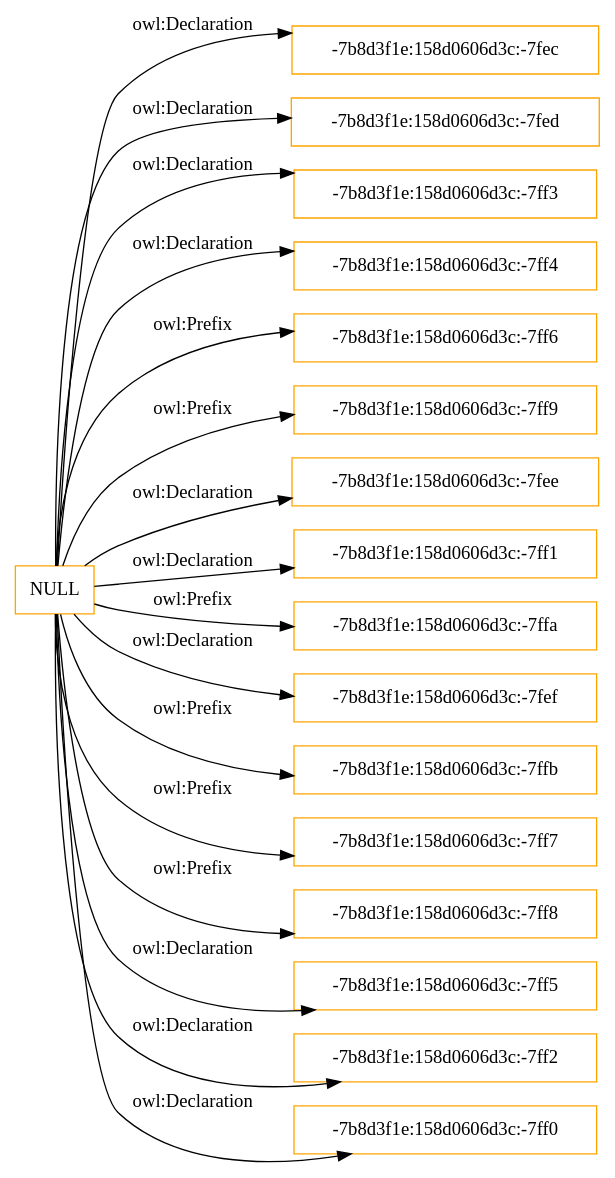
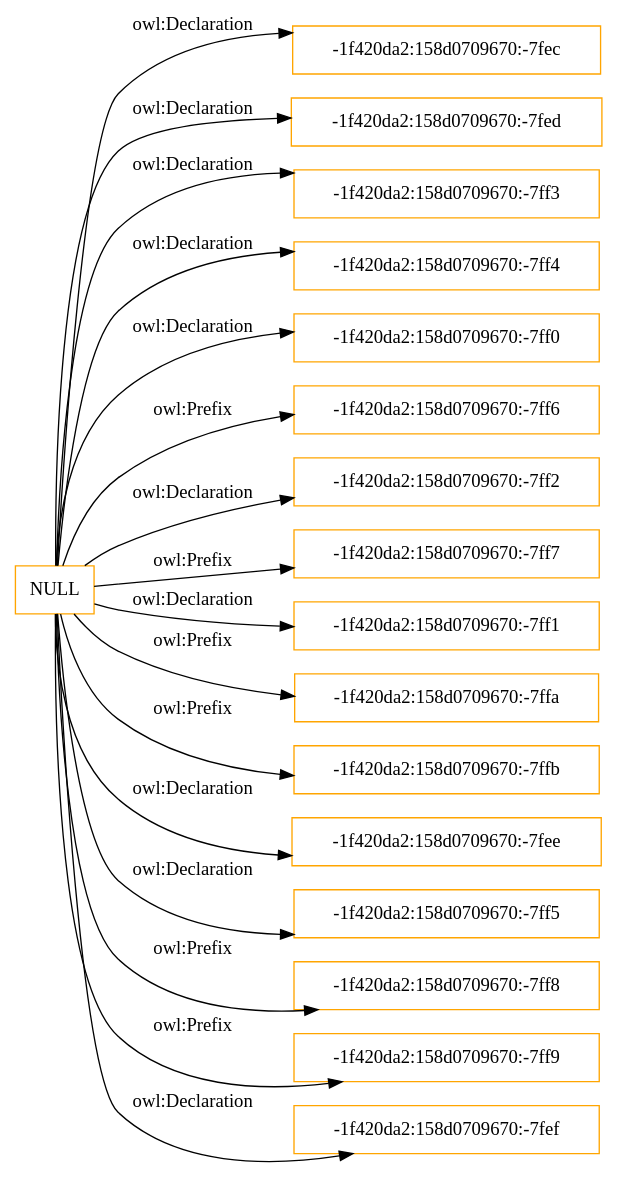
The diagram in OnToology/update.owl/diagrams/ar2dtool-class/update.owl.png.dot (OnToologyUser/OWL), drawn with Graphviz before and after one commit. The commit also changed 8 other files, not shown here.

```diff
--- a/OnToology/update.owl/diagrams/ar2dtool-class/update.owl.png.dot
+++ b/OnToology/update.owl/diagrams/ar2dtool-class/update.owl.png.dot
@@ -1,22 +1,22 @@
 digraph ar2dtool_diagram { 
 rankdir=LR;
 size="1501"
-node [shape = rectangle, color="orange"]; "-7b8d3f1e:158d0606d3c:-7fec" "-7b8d3f1e:158d0606d3c:-7fed" "-7b8d3f1e:158d0606d3c:-7ff3" "-7b8d3f1e:158d0606d3c:-7ff4" ; /*classes style*/
-	"NULL" -> "-7b8d3f1e:158d0606d3c:-7ff6" [ label = "owl:Prefix" ];
-	"NULL" -> "-7b8d3f1e:158d0606d3c:-7fec" [ label = "owl:Declaration" ];
-	"NULL" -> "-7b8d3f1e:158d0606d3c:-7ff9" [ label = "owl:Prefix" ];
-	"NULL" -> "-7b8d3f1e:158d0606d3c:-7fee" [ label = "owl:Declaration" ];
-	"NULL" -> "-7b8d3f1e:158d0606d3c:-7ff1" [ label = "owl:Declaration" ];
-	"NULL" -> "-7b8d3f1e:158d0606d3c:-7fed" [ label = "owl:Declaration" ];
-	"NULL" -> "-7b8d3f1e:158d0606d3c:-7ffa" [ label = "owl:Prefix" ];
-	"NULL" -> "-7b8d3f1e:158d0606d3c:-7fef" [ label = "owl:Declaration" ];
-	"NULL" -> "-7b8d3f1e:158d0606d3c:-7ffb" [ label = "owl:Prefix" ];
-	"NULL" -> "-7b8d3f1e:158d0606d3c:-7ff3" [ label = "owl:Declaration" ];
-	"NULL" -> "-7b8d3f1e:158d0606d3c:-7ff7" [ label = "owl:Prefix" ];
-	"NULL" -> "-7b8d3f1e:158d0606d3c:-7ff8" [ label = "owl:Prefix" ];
-	"NULL" -> "-7b8d3f1e:158d0606d3c:-7ff5" [ label = "owl:Declaration" ];
-	"NULL" -> "-7b8d3f1e:158d0606d3c:-7ff2" [ label = "owl:Declaration" ];
-	"NULL" -> "-7b8d3f1e:158d0606d3c:-7ff0" [ label = "owl:Declaration" ];
-	"NULL" -> "-7b8d3f1e:158d0606d3c:-7ff4" [ label = "owl:Declaration" ];
+node [shape = rectangle, color="orange"]; "-1f420da2:158d0709670:-7fec" "-1f420da2:158d0709670:-7fed" "-1f420da2:158d0709670:-7ff3" "-1f420da2:158d0709670:-7ff4" ; /*classes style*/
+	"NULL" -> "-1f420da2:158d0709670:-7ff0" [ label = "owl:Declaration" ];
+	"NULL" -> "-1f420da2:158d0709670:-7ff6" [ label = "owl:Prefix" ];
+	"NULL" -> "-1f420da2:158d0709670:-7fed" [ label = "owl:Declaration" ];
+	"NULL" -> "-1f420da2:158d0709670:-7ff2" [ label = "owl:Declaration" ];
+	"NULL" -> "-1f420da2:158d0709670:-7ff7" [ label = "owl:Prefix" ];
+	"NULL" -> "-1f420da2:158d0709670:-7ff1" [ label = "owl:Declaration" ];
+	"NULL" -> "-1f420da2:158d0709670:-7ff4" [ label = "owl:Declaration" ];
+	"NULL" -> "-1f420da2:158d0709670:-7ffa" [ label = "owl:Prefix" ];
+	"NULL" -> "-1f420da2:158d0709670:-7ffb" [ label = "owl:Prefix" ];
+	"NULL" -> "-1f420da2:158d0709670:-7ff3" [ label = "owl:Declaration" ];
+	"NULL" -> "-1f420da2:158d0709670:-7fee" [ label = "owl:Declaration" ];
+	"NULL" -> "-1f420da2:158d0709670:-7ff5" [ label = "owl:Declaration" ];
+	"NULL" -> "-1f420da2:158d0709670:-7ff8" [ label = "owl:Prefix" ];
+	"NULL" -> "-1f420da2:158d0709670:-7fec" [ label = "owl:Declaration" ];
+	"NULL" -> "-1f420da2:158d0709670:-7ff9" [ label = "owl:Prefix" ];
+	"NULL" -> "-1f420da2:158d0709670:-7fef" [ label = "owl:Declaration" ];
 
 }
```
